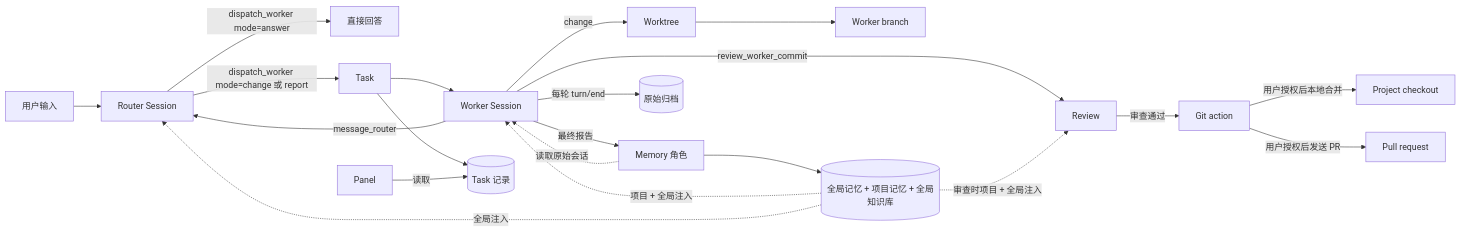
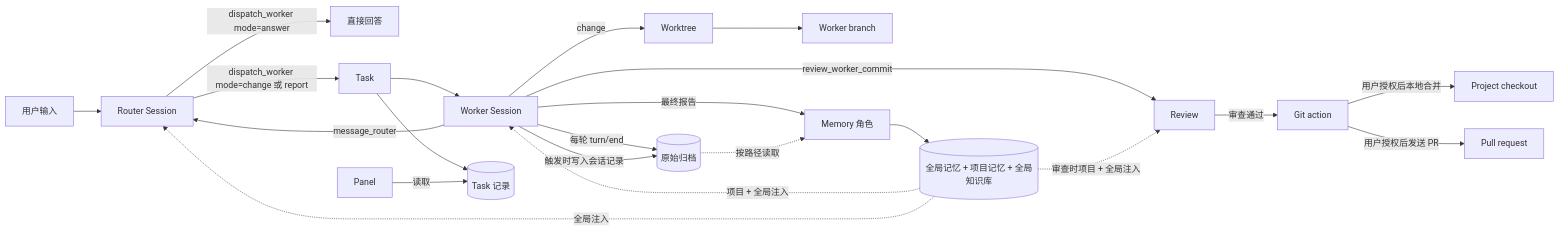
Before and after one commit to LMQ00/superagent-lite: the diagram in docs/001-domain.md, drawn with Mermaid. The commit also changed other lines of this file and 15 other files, not shown here.

````diff
--- a/docs/001-domain.md
+++ b/docs/001-domain.md
@@ -9,23 +9,24 @@
 ```mermaid
 flowchart LR
   I[用户输入] --> R[Router Session]
   R -->|dispatch_worker mode=answer| A[直接回答]
   R -->|dispatch_worker mode=change 或 report| T[Task]
   T --> W[Worker Session]
   W -->|change| WT[Worktree]
   WT --> B[Worker branch]
   W -->|review_worker_commit| V[Review]
   W -->|message_router| R
   V -->|审查通过| G[Git action]
   G -->|用户授权后本地合并| P[Project checkout]
   G -->|用户授权后发送 PR| PR[Pull request]
   T --> D[(Task 记录)]
   W -->|最终报告| M[Memory 角色]
   W -->|每轮 turn/end| AR[(原始归档)]
-  M -.->|读取原始会话| W
+  W -->|触发时写入会话记录| AR
+  AR -.->|按路径读取| M
   M --> MS[(全局记忆 + 项目记忆 + 全局知识库)]
   MS -.->|项目 + 全局注入| W
   MS -.->|全局注入| R
   MS -.->|审查时项目 + 全局注入| V
   PN[Panel] -->|读取| D
 ```
````
